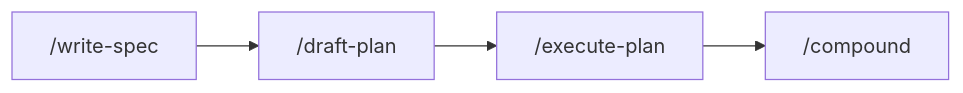
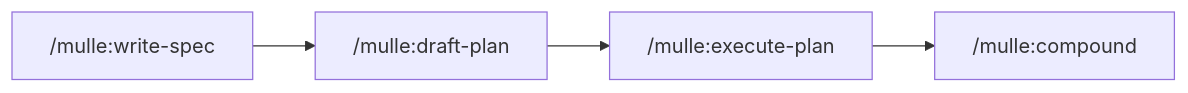
One commit to toy-crane/claude-code-playbook-template changed the diagram in README.md. Above: the diagram before and after it, drawn with Mermaid. The commit also changed other lines of this file and 18 other files, not shown here.

First line of the commit message:
refactor: 워크플로우를 mulle 플러그인으로 이관

````diff
--- a/README.md
+++ b/README.md
@@ -68,6 +78,6 @@
 ```mermaid
 flowchart LR
-    B["/write-spec"] --> C["/draft-plan"]
-    C --> D["/execute-plan"]
-    D --> E["/compound"]
+    B["/mulle:write-spec"] --> C["/mulle:draft-plan"]
+    C --> D["/mulle:execute-plan"]
+    D --> E["/mulle:compound"]
 ```
````
